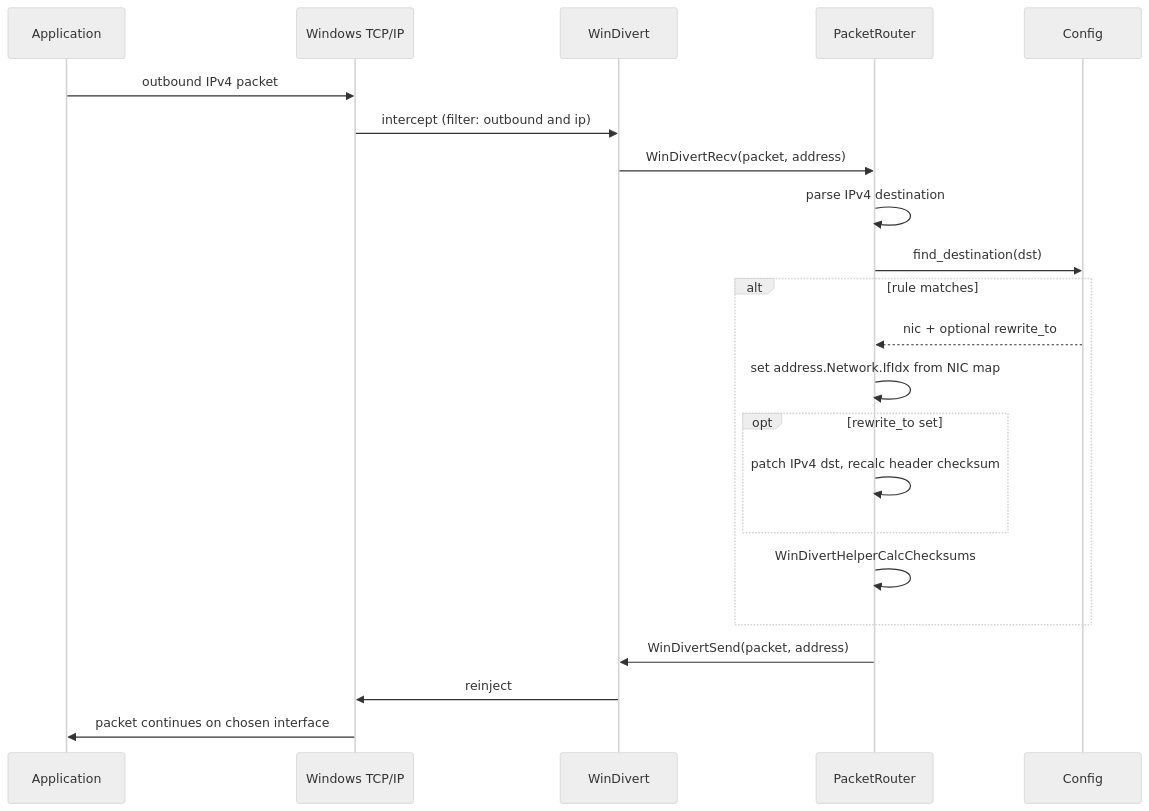
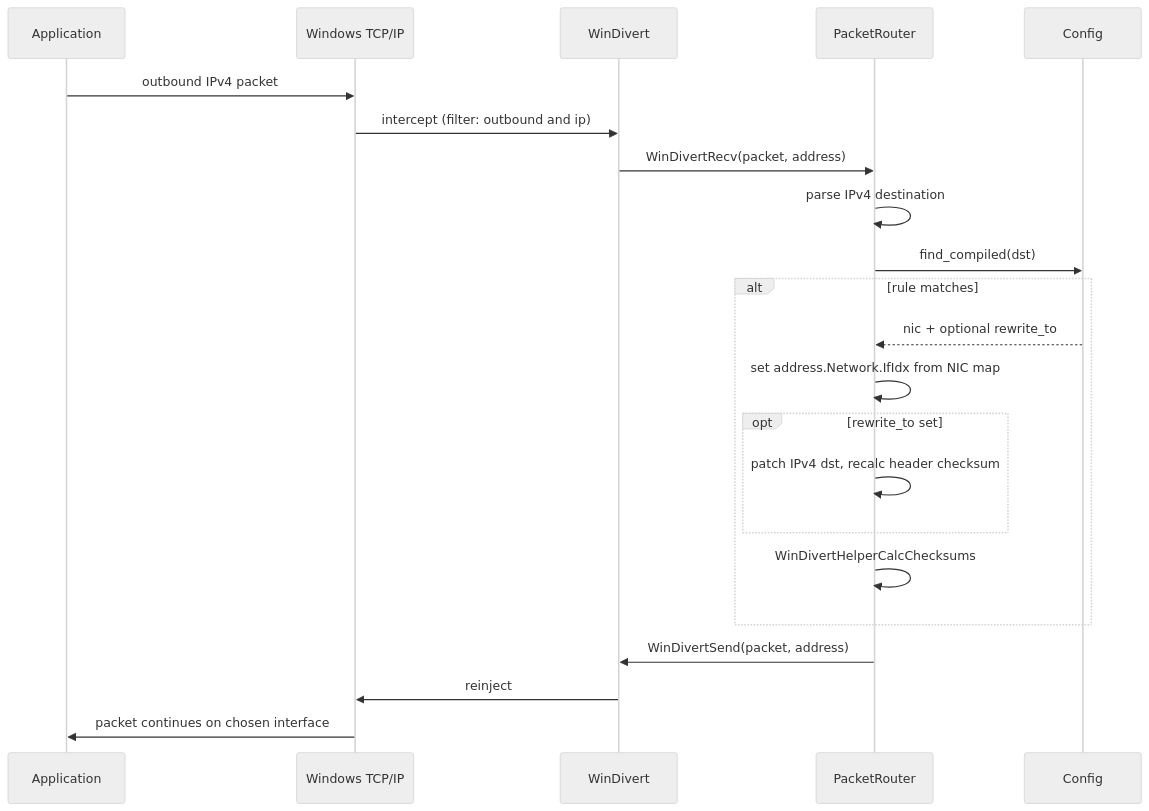
The second of 2 diagrams in docs/HOW-IT-WORKS.md (ArminDashti/roust), drawn with Mermaid (neutral theme) before and after one commit. The commit also changed other lines of this file and 12 other files, not shown here.

````diff
--- a/docs/HOW-IT-WORKS.md
+++ b/docs/HOW-IT-WORKS.md
@@ -147,25 +147,25 @@
 ```mermaid
 sequenceDiagram
     participant App as Application
     participant Stack as Windows TCP/IP
     participant WD as WinDivert
     participant R as PacketRouter
     participant CFG as Config
 
     App->>Stack: outbound IPv4 packet
     Stack->>WD: intercept (filter: outbound and ip)
     WD->>R: WinDivertRecv(packet, address)
     R->>R: parse IPv4 destination
-    R->>CFG: find_destination(dst)
+    R->>CFG: find_compiled(dst)
     alt rule matches
         CFG-->>R: nic + optional rewrite_to
         R->>R: set address.Network.IfIdx from NIC map
         opt rewrite_to set
             R->>R: patch IPv4 dst, recalc header checksum
         end
         R->>R: WinDivertHelperCalcChecksums
     end
     R->>WD: WinDivertSend(packet, address)
     WD->>Stack: reinject
     Stack->>App: packet continues on chosen interface
 ```
````
